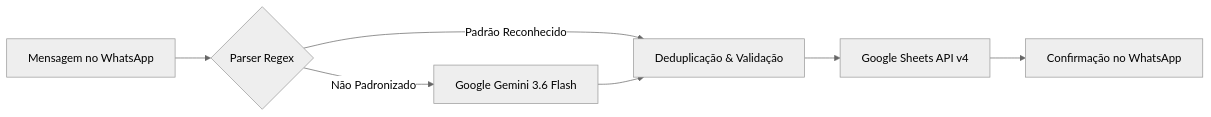
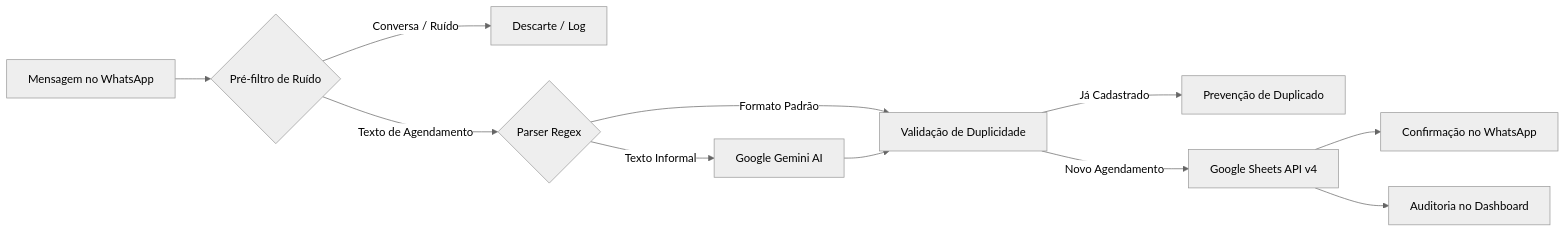
One commit to DiogoCavenaghi123/whatsapp-guincho-bot changed the diagram in README.md. Above: the diagram before and after it, drawn with Mermaid (neutral theme). The commit also changed other lines of this file and 3 other files, not shown here.

````diff
--- a/README.md
+++ b/README.md
@@ -37,9 +41,13 @@
 ```mermaid
 flowchart LR
-    A[Mensagem no WhatsApp] --> B{Parser Regex}
-    B -- Padrão Reconhecido --> D[Deduplicação & Validação]
-    B -- Não Padronizado --> C[Google Gemini 3.6 Flash]
-    C --> D
-    D --> E[Google Sheets API v4]
-    E --> F[Confirmação no WhatsApp]
+    A[Mensagem no WhatsApp] --> B{Pré-filtro de Ruído}
+    B -- Conversa / Ruído --> X[Descarte / Log]
+    B -- Texto de Agendamento --> C{Parser Regex}
+    C -- Formato Padrão --> E[Validação de Duplicidade]
+    C -- Texto Informal --> D[Google Gemini AI]
+    D --> E
+    E -- Já Cadastrado --> Y[Prevenção de Duplicado]
+    E -- Novo Agendamento --> F[Google Sheets API v4]
+    F --> G[Confirmação no WhatsApp]
+    F --> H[Auditoria no Dashboard]
 ```
````
